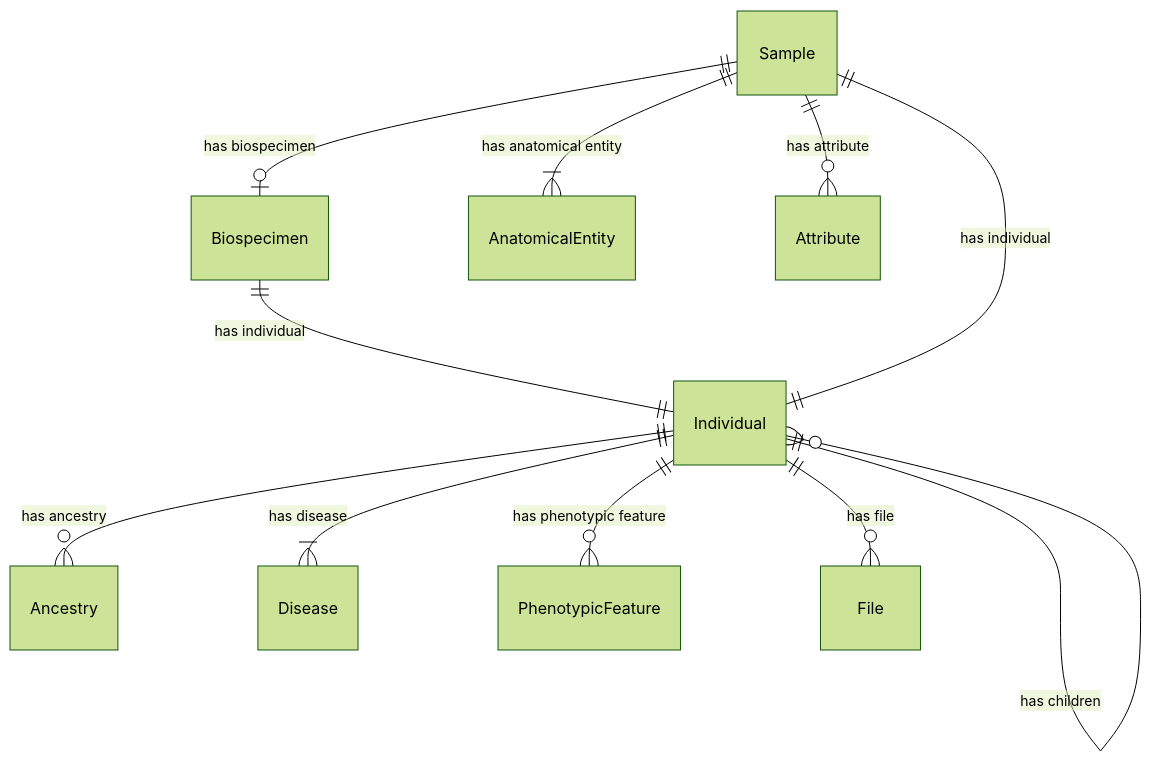
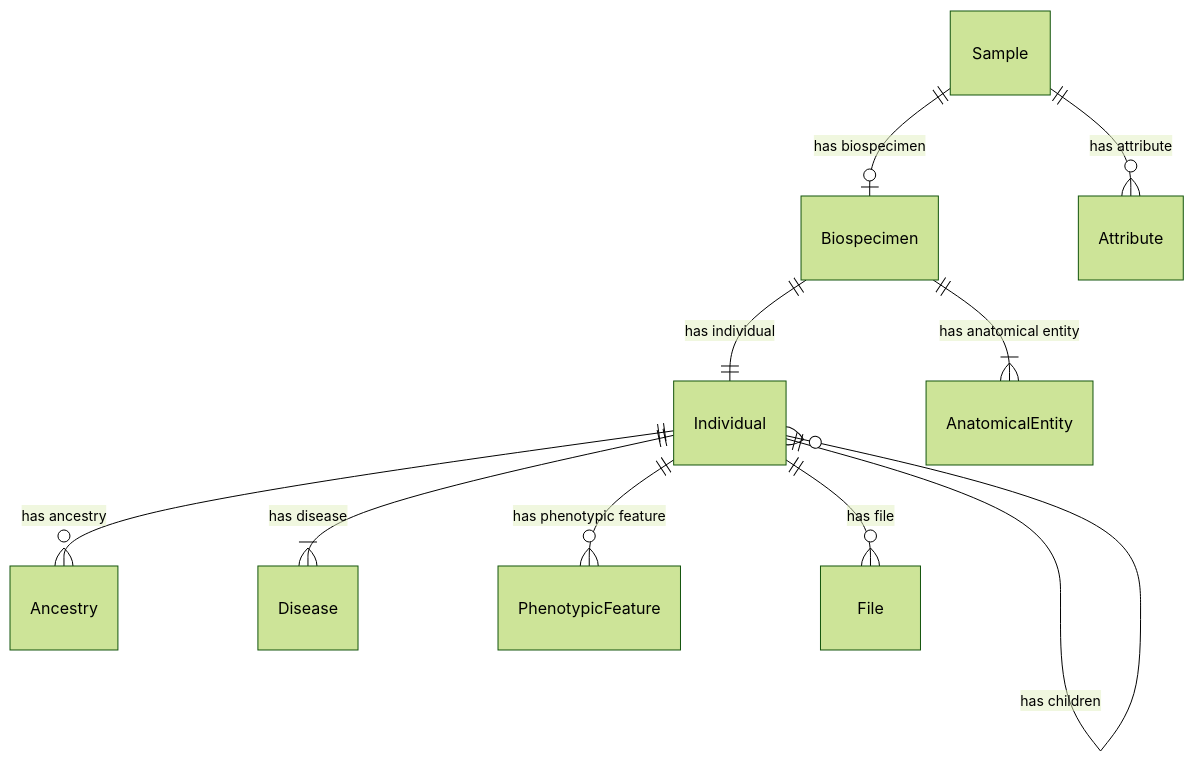
One commit to ghga-de/ghga-metadata-schema changed the second of 3 diagrams in docs/entity_relations.md. Above: the diagram before and after it, drawn with Mermaid (forest theme). The commit also changed other lines of this file and 3 other files, not shown here.

````diff
--- a/docs/entity_relations.md
+++ b/docs/entity_relations.md
@@ -135,25 +143,24 @@
 ```mermaid
 erDiagram
 Individual {
 
 }
 Biospecimen {
 
 }
 Sample {
 
 }
 
 Individual ||--}o Ancestry : "has ancestry"
 Individual ||--}o Individual : "has parent"
 Individual ||--}o Individual : "has children"
 Individual ||--}| Disease : "has disease"
 Individual ||--}o PhenotypicFeature : "has phenotypic feature"
 Individual ||--}o File : "has file"
 Biospecimen ||--|| Individual : "has individual"
-Sample ||--|| Individual : "has individual"
-Sample ||--}| AnatomicalEntity : "has anatomical entity"
+Biospecimen ||--}| AnatomicalEntity : "has anatomical entity"
 Sample ||--|o Biospecimen : "has biospecimen"
 Sample ||--}o Attribute : "has attribute"
 
 ```
````
